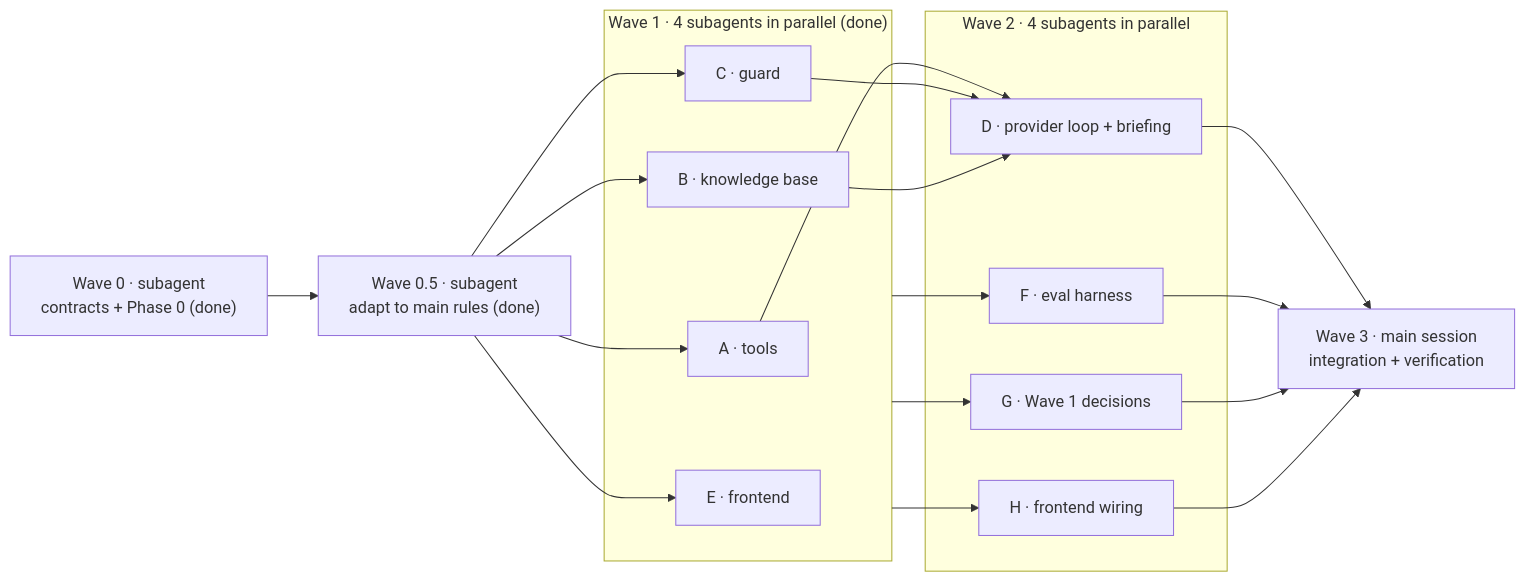
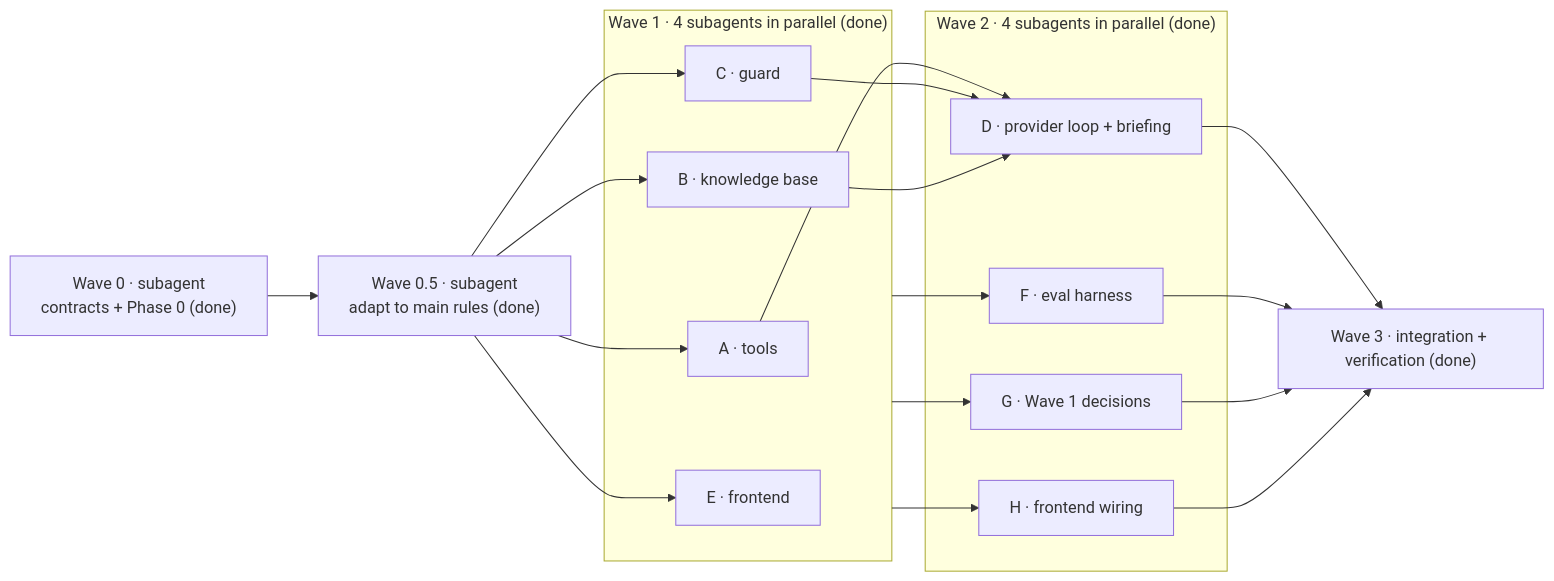
Before and after one commit to danielgacioly/canary: the diagram in docs/ai/plan.md, drawn with Mermaid. The commit also changed other lines of this file and 6 other files, not shown here.

````diff
--- a/docs/ai/plan.md
+++ b/docs/ai/plan.md
@@ -300,21 +301,21 @@
 ```mermaid
 flowchart LR
     W0["Wave 0 · subagent<br/>contracts + Phase 0 (done)"] --> W05["Wave 0.5 · subagent<br/>adapt to main rules (done)"]
     W05 --> A & B & C & E
     subgraph W1["Wave 1 · 4 subagents in parallel (done)"]
         A["A · tools"]
         B["B · knowledge base"]
         C["C · guard"]
         E["E · frontend"]
     end
     A & C --> D
-    subgraph W2["Wave 2 · 4 subagents in parallel"]
+    subgraph W2["Wave 2 · 4 subagents in parallel (done)"]
         D["D · provider loop + briefing"]
         F["F · eval harness"]
         G["G · Wave 1 decisions"]
         H["H · frontend wiring"]
     end
     B --> D
     W1 --> F & G & H
-    D & F & G & H --> W3["Wave 3 · main session<br/>integration + verification"]
+    D & F & G & H --> W3["Wave 3 · integration + verification (done)"]
 ```
````
